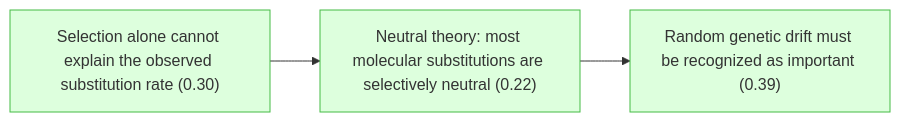
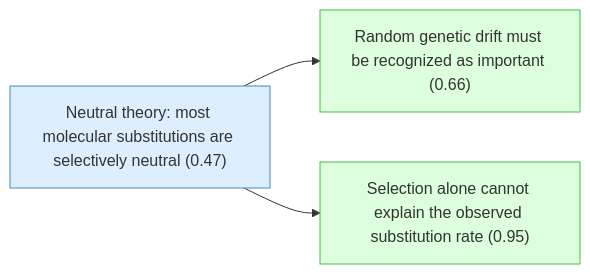
The first of 5 diagrams in docs/detailed-reasoning.md (kunyuan/kimura-neutral-theory-gaia), drawn with Mermaid before and after one commit. The commit also changed other lines of this file and 41 other files, not shown here.

````diff
--- a/docs/detailed-reasoning.md
+++ b/docs/detailed-reasoning.md
@@ -7,18 +7,18 @@
 ```mermaid
 graph LR
-    selection_cannot_explain_rate["Selection alone cannot explain the observed substitution rate (0.30)"]:::derived
-    neutral_theory_hypothesis["Neutral theory: most molecular substitutions are selectively neutral (0.22)"]:::derived
-    genetic_drift_importance["Random genetic drift must be recognized as important (0.39)"]:::derived
+    selection_cannot_explain_rate["Selection alone cannot explain the observed substitution rate (0.95)"]:::derived
+    neutral_theory_hypothesis["Neutral theory: most molecular substitutions are selectively neutral (0.47)"]:::premise
+    genetic_drift_importance["Random genetic drift must be recognized as important (0.66)"]:::derived
     neutral_theory_hypothesis --> genetic_drift_importance
-    selection_cannot_explain_rate --> neutral_theory_hypothesis
+    neutral_theory_hypothesis --> selection_cannot_explain_rate
 
     classDef setting fill:#f0f0f0,stroke:#999,color:#333
     classDef premise fill:#ddeeff,stroke:#4488bb,color:#333
     classDef derived fill:#ddffdd,stroke:#44bb44,color:#333
     classDef question fill:#fff3dd,stroke:#cc9944,color:#333
     classDef background fill:#f5f5f5,stroke:#bbb,stroke-dasharray: 5 5,color:#333
     classDef orphan fill:#fff,stroke:#ccc,stroke-dasharray: 5 5,color:#333
     classDef external fill:#fff,stroke:#aaa,stroke-dasharray: 3 3,color:#333
     classDef weak fill:#fff9c4,stroke:#f9a825,stroke-dasharray: 5 5,color:#333
     classDef contra fill:#ffebee,stroke:#c62828,color:#333
 ```
````
